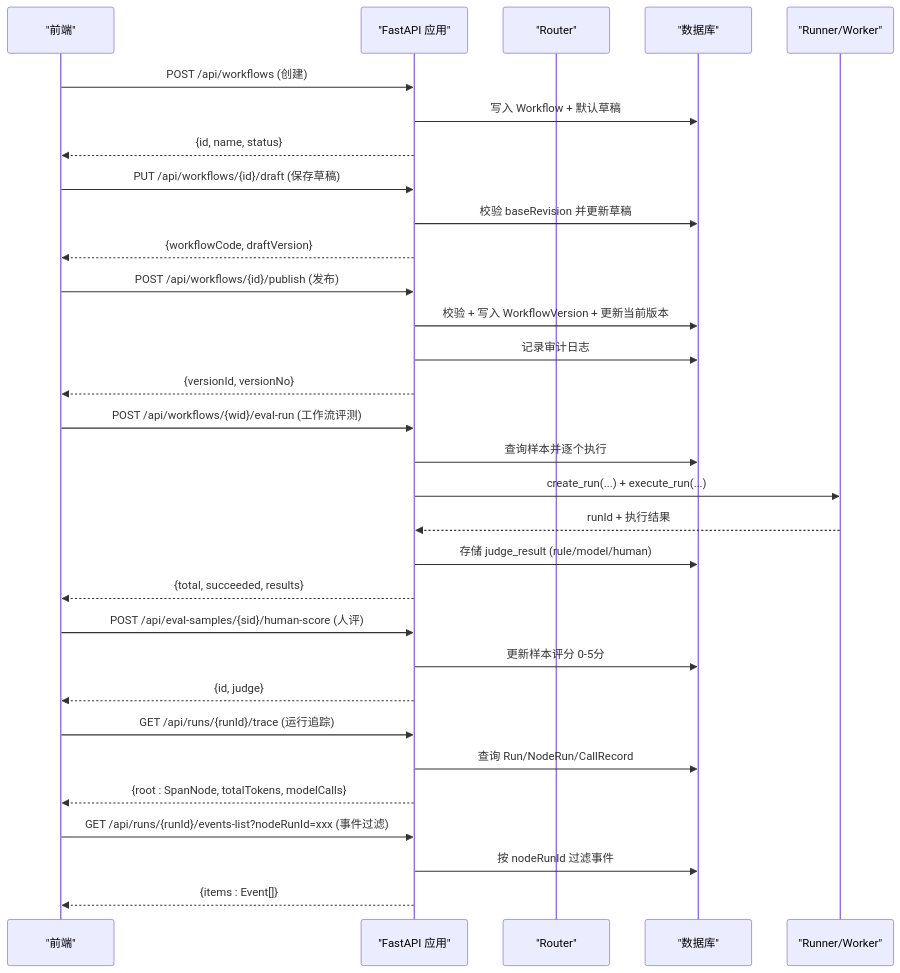
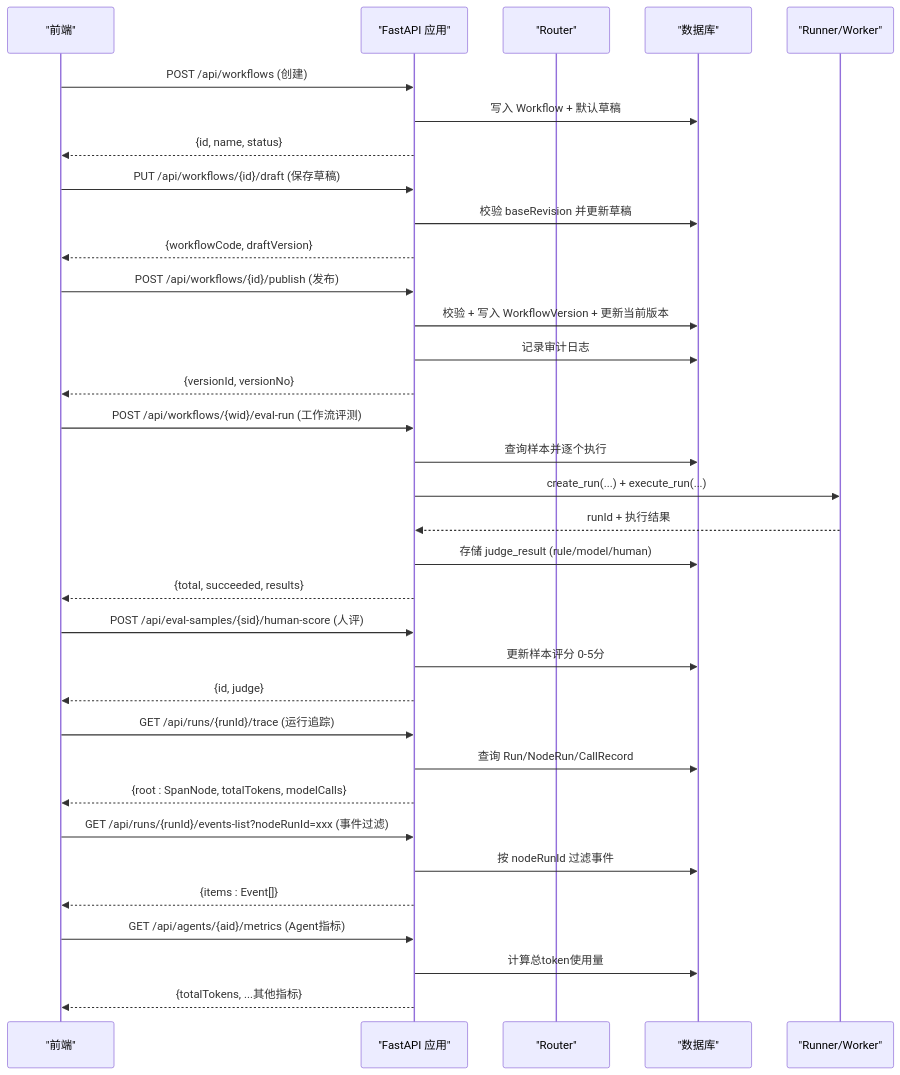
One commit to huiliuxu780/MoreThanCorn changed the first of 3 diagrams in .qoder/repowiki/zh/content/后端架构与 API.md. Above: the diagram before and after it, drawn with Mermaid. The commit also changed other lines of this file and 147 other files, not shown here.

````diff
--- a/.qoder/repowiki/zh/content/后端架构与 API.md
+++ b/.qoder/repowiki/zh/content/后端架构与 API.md
@@ -58,33 +56,36 @@
 ```mermaid
 sequenceDiagram
 participant FE as "前端"
 participant API as "FastAPI 应用"
 participant R as "Router"
 participant DB as "数据库"
 participant W as "Runner/Worker"
 FE->>API : POST /api/workflows (创建)
 API->>DB : 写入 Workflow + 默认草稿
 API-->>FE : {id, name, status}
 FE->>API : PUT /api/workflows/{id}/draft (保存草稿)
 API->>DB : 校验 baseRevision 并更新草稿
 API-->>FE : {workflowCode, draftVersion}
 FE->>API : POST /api/workflows/{id}/publish (发布)
 API->>DB : 校验 + 写入 WorkflowVersion + 更新当前版本
 API->>DB : 记录审计日志
 API-->>FE : {versionId, versionNo}
 FE->>API : POST /api/workflows/{wid}/eval-run (工作流评测)
 API->>DB : 查询样本并逐个执行
 API->>W : create_run(...) + execute_run(...)
 W-->>API : runId + 执行结果
 API->>DB : 存储 judge_result (rule/model/human)
 API-->>FE : {total, succeeded, results}
 FE->>API : POST /api/eval-samples/{sid}/human-score (人评)
 API->>DB : 更新样本评分 0-5分
 API-->>FE : {id, judge}
 FE->>API : GET /api/runs/{runId}/trace (运行追踪)
 API->>DB : 查询 Run/NodeRun/CallRecord
 API-->>FE : {root : SpanNode, totalTokens, modelCalls}
 FE->>API : GET /api/runs/{runId}/events-list?nodeRunId=xxx (事件过滤)
 API->>DB : 按 nodeRunId 过滤事件
 API-->>FE : {items : Event[]}
+FE->>API : GET /api/agents/{aid}/metrics (Agent指标)
+API->>DB : 计算总token使用量
+API-->>FE : {totalTokens, ...其他指标}
 ```
````
